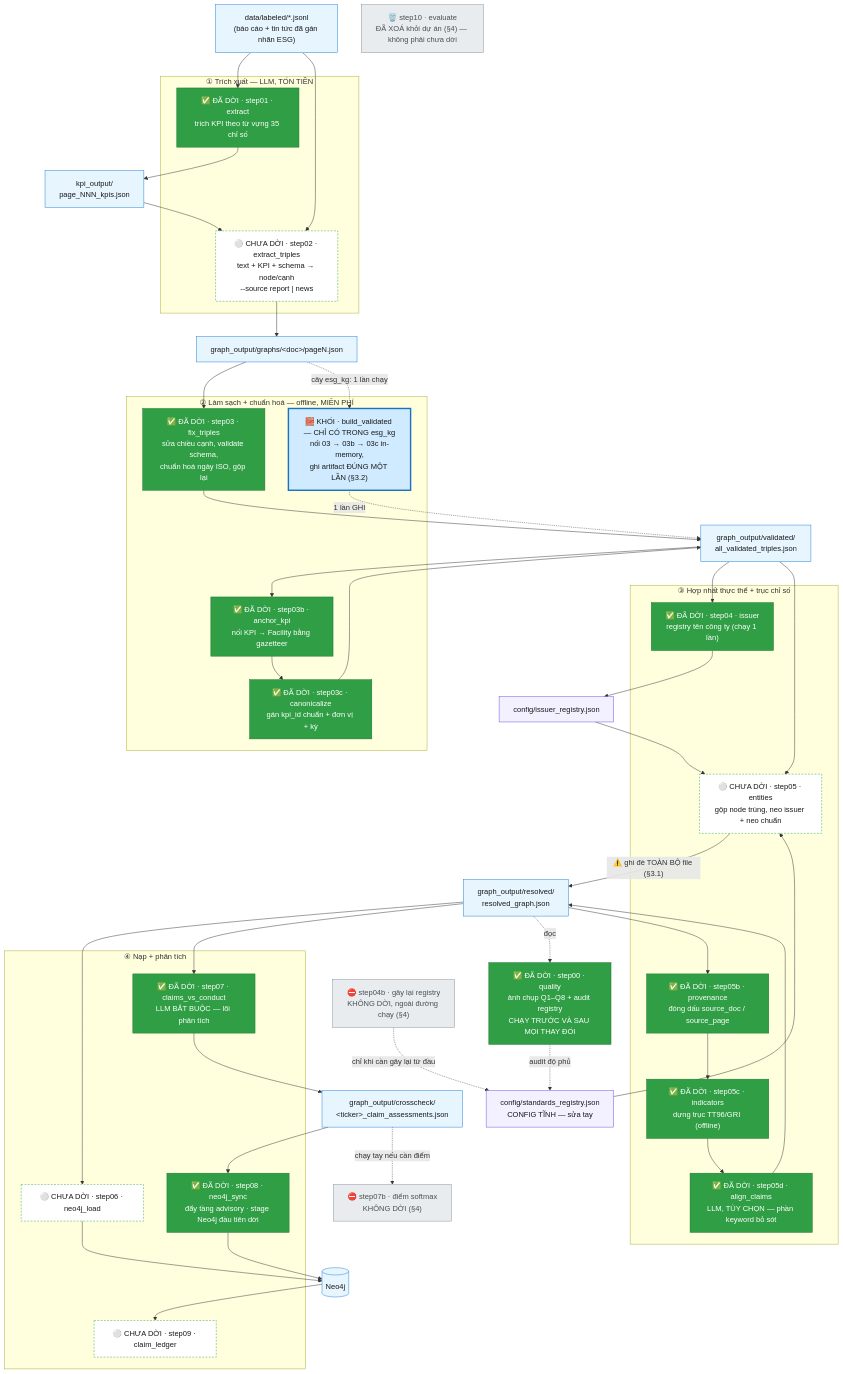
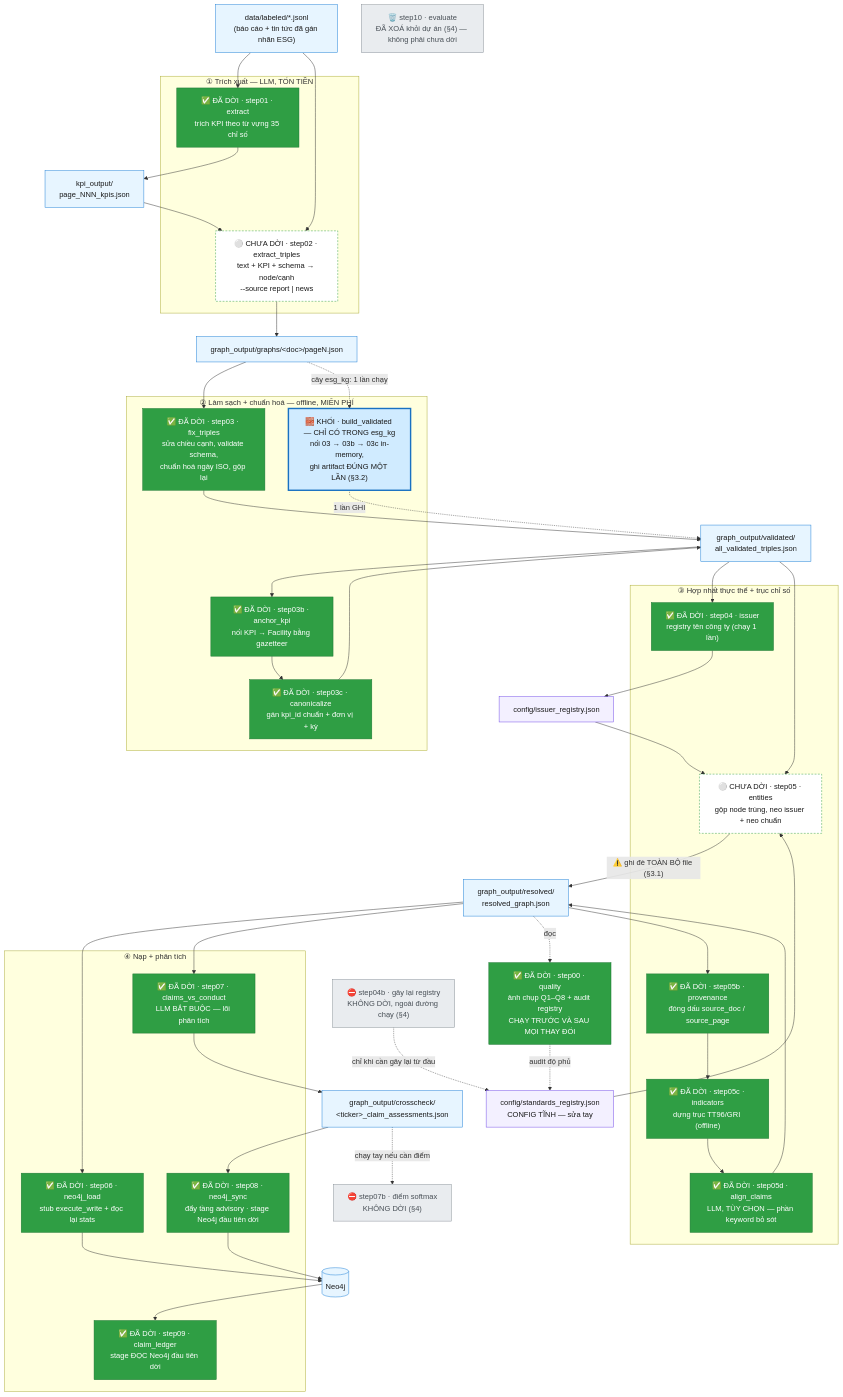
The first of 4 diagrams in src_module/PIPELINE.md (TranBaDat2607/capstone_test1), drawn with Mermaid before and after one commit. The commit also changed other lines of this file and 4 other files, not shown here.

````diff
--- a/src_module/PIPELINE.md
+++ b/src_module/PIPELINE.md
@@ -171,74 +204,74 @@
 ```mermaid
 flowchart TD
     classDef migrated fill:#2f9e44,stroke:#1a7431,color:#ffffff
     classDef ready    fill:#ffffff,stroke:#2f9e44,stroke-dasharray:4 3,color:#1a1a1a
     classDef pending  fill:#fff3bf,stroke:#e8a90c,color:#1a1a1a
     classDef notport  fill:#e9ecef,stroke:#868e96,color:#495057
     classDef data     fill:#e7f5ff,stroke:#1c7ed6,color:#1a1a1a
     classDef cfg      fill:#f3f0ff,stroke:#7048e8,color:#1a1a1a
     classDef block    fill:#d0ebff,stroke:#1971c2,stroke-width:3px,color:#1a1a1a
 
     JSONL["data/labeled/*.jsonl<br/>(báo cáo + tin tức đã gán nhãn ESG)"]:::data
 
     subgraph P1["① Trích xuất — LLM, TỐN TIỀN"]
         S01["✅ ĐÃ DỜI · step01 · extract<br/>trích KPI theo từ vựng 35 chỉ số"]:::migrated
         S02["⚪ CHƯA DỜI · step02 · extract_triples<br/>text + KPI + schema → node/cạnh<br/>--source report | news"]:::ready
     end
 
     KPIOUT["kpi_output/<br/>page_NNN_kpis.json"]:::data
     GRAPHS["graph_output/graphs/&lt;doc&gt;/pageN.json"]:::data
 
     subgraph P2["② Làm sạch + chuẩn hoá — offline, MIỄN PHÍ"]
         S03["✅ ĐÃ DỜI · step03 · fix_triples<br/>sửa chiều cạnh, validate schema,<br/>chuẩn hoá ngày ISO, gộp lại"]:::migrated
         S03B["✅ ĐÃ DỜI · step03b · anchor_kpi<br/>nối KPI → Facility bằng gazetteer"]:::migrated
         S03C["✅ ĐÃ DỜI · step03c · canonicalize<br/>gán kpi_id chuẩn + đơn vị + kỳ"]:::migrated
         BLK["🧱 KHỐI · build_validated — CHỈ CÓ TRONG esg_kg<br/>nối 03 → 03b → 03c in-memory,<br/>ghi artifact ĐÚNG MỘT LẦN (§3.2)"]:::block
     end
 
     VALID["graph_output/validated/<br/>all_validated_triples.json"]:::data
 
     subgraph P3["③ Hợp nhất thực thể + trục chỉ số"]
         S04["✅ ĐÃ DỜI · step04 · issuer<br/>registry tên công ty (chạy 1 lần)"]:::migrated
         S05["⚪ CHƯA DỜI · step05 · entities<br/>gộp node trùng, neo issuer + neo chuẩn"]:::ready
         S05B["✅ ĐÃ DỜI · step05b · provenance<br/>đóng dấu source_doc / source_page"]:::migrated
         S05C["✅ ĐÃ DỜI · step05c · indicators<br/>dựng trục TT96/GRI (offline)"]:::migrated
         S05D["✅ ĐÃ DỜI · step05d · align_claims<br/>LLM, TÙY CHỌN — phần keyword bỏ sót"]:::migrated
     end
 
     RESOLVED["graph_output/resolved/<br/>resolved_graph.json"]:::data
 
     subgraph P4["④ Nạp + phân tích"]
-        S06["⚪ CHƯA DỜI · step06 · neo4j_load"]:::ready
+        S06["✅ ĐÃ DỜI · step06 · neo4j_load<br/>stub execute_write + đọc lại stats"]:::migrated
         S07["✅ ĐÃ DỜI · step07 · claims_vs_conduct<br/>LLM BẮT BUỘC — lõi phân tích"]:::migrated
         S08["✅ ĐÃ DỜI · step08 · neo4j_sync<br/>đẩy tầng advisory · stage Neo4j đầu tiên dời"]:::migrated
-        S09["⚪ CHƯA DỜI · step09 · claim_ledger"]:::ready
+        S09["✅ ĐÃ DỜI · step09 · claim_ledger<br/>stage ĐỌC Neo4j đầu tiên dời"]:::migrated
     end
 
     REGI["config/issuer_registry.json"]:::cfg
     REGS["config/standards_registry.json<br/>CONFIG TĨNH — sửa tay"]:::cfg
     DOSSIER["graph_output/crosscheck/<br/>&lt;ticker&gt;_claim_assessments.json"]:::data
     NEO[("Neo4j")]:::data
 
     S00["✅ ĐÃ DỜI · step00 · quality<br/>ảnh chụp Q1–Q8 + audit registry<br/>CHẠY TRƯỚC VÀ SAU MỌI THAY ĐỔI"]:::migrated
     S07B["⛔ step07b · điểm softmax<br/>KHÔNG DỜI (§4)"]:::notport
     S04B["⛔ step04b · gây lại registry<br/>KHÔNG DỜI, ngoài đường chạy (§4)"]:::notport
     S10X["🗑️ step10 · evaluate<br/>ĐÃ XOÁ khỏi dự án (§4) — không phải chưa dời"]:::notport
 
     JSONL --> S01 --> KPIOUT --> S02
     JSONL --> S02 --> GRAPHS --> S03 --> VALID
     VALID --> S03B --> S03C --> VALID
     GRAPHS -.->|"cây esg_kg: 1 lần chạy"| BLK -.->|"1 lần GHI"| VALID
     VALID --> S04 --> REGI --> S05
     REGS --> S05
     VALID --> S05
     S05 -->|"⚠️ ghi đè TOÀN BỘ file (§3.1)"| RESOLVED
     RESOLVED --> S05B --> S05C --> S05D --> RESOLVED
     RESOLVED --> S06 --> NEO
     RESOLVED --> S07 --> DOSSIER --> S08 --> NEO
     NEO --> S09
 
     RESOLVED -.->|"đọc"| S00
     S00 -.->|"audit độ phủ"| REGS
     S04B -.->|"chỉ khi cần gây lại từ đầu"| REGS
     DOSSIER -.->|"chạy tay nếu cần điểm"| S07B
 ```
````
